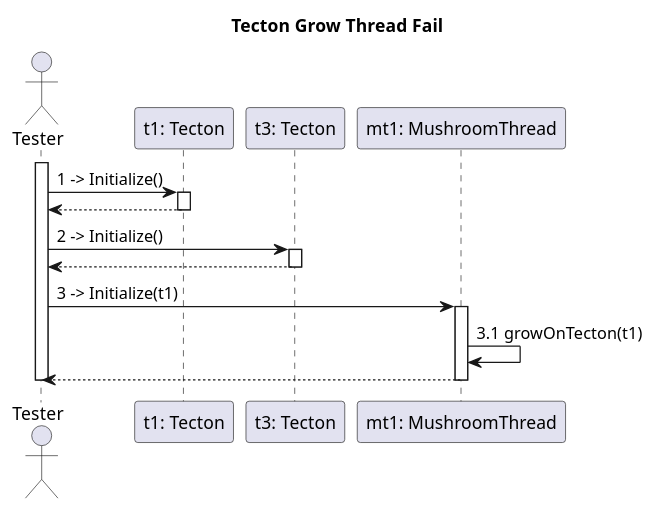
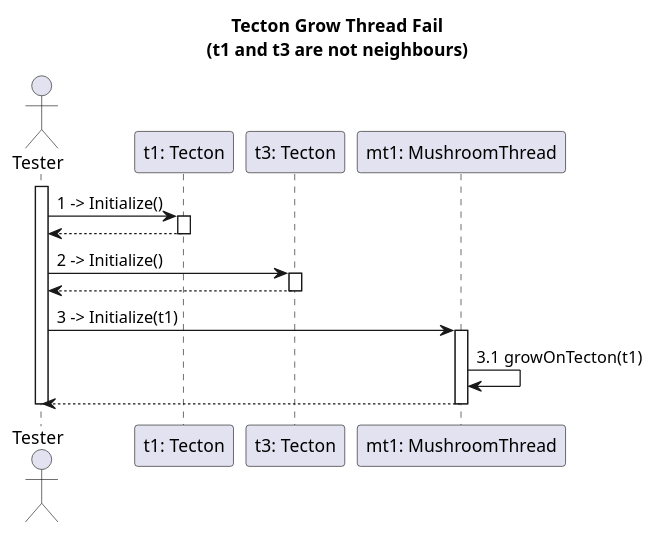
One commit to dzsem/projlab changed the diagram in diagrams/communication/tecton3_2.puml. Above: the diagram before and after it, drawn with PlantUML. The commit also changed other lines of this file and 1 other file, not shown here.

```diff
--- a/diagrams/communication/tecton3_2.puml
+++ b/diagrams/communication/tecton3_2.puml
@@ -5,38 +5,38 @@
 @startuml communicationTecton3_2
 
-title Tecton Grow Thread Fail
+title Tecton Grow Thread Fail\n(t1 and t3 are not neighbours)
 
 actor "Tester" as ts
 participant "t1: Tecton" as t1 
 participant "t3: Tecton" as t3
 
 participant "mt1: MushroomThread" as mt1
 
 activate ts
 
 ts -> t1: 1 -> Initialize()
 activate t1
 
 ts <-- t1
 deactivate t1
 
 ts -> t3: 2 -> Initialize()
 activate t3
 
 ts <-- t3
 deactivate t3
 
 
 ts -> mt1: 3 -> Initialize(t1)
 activate mt1
 
 ' tecton beállítás
 ' growOnTecton() blackboxolja, hogy a Tecton MushroomThreadjei közé is felveszi magát
 mt1 -> mt1: 3.1 growOnTecton(t1)
 
 ts <-- mt1
 deactivate mt1
 
 deactivate ts
 
 @enduml
```
